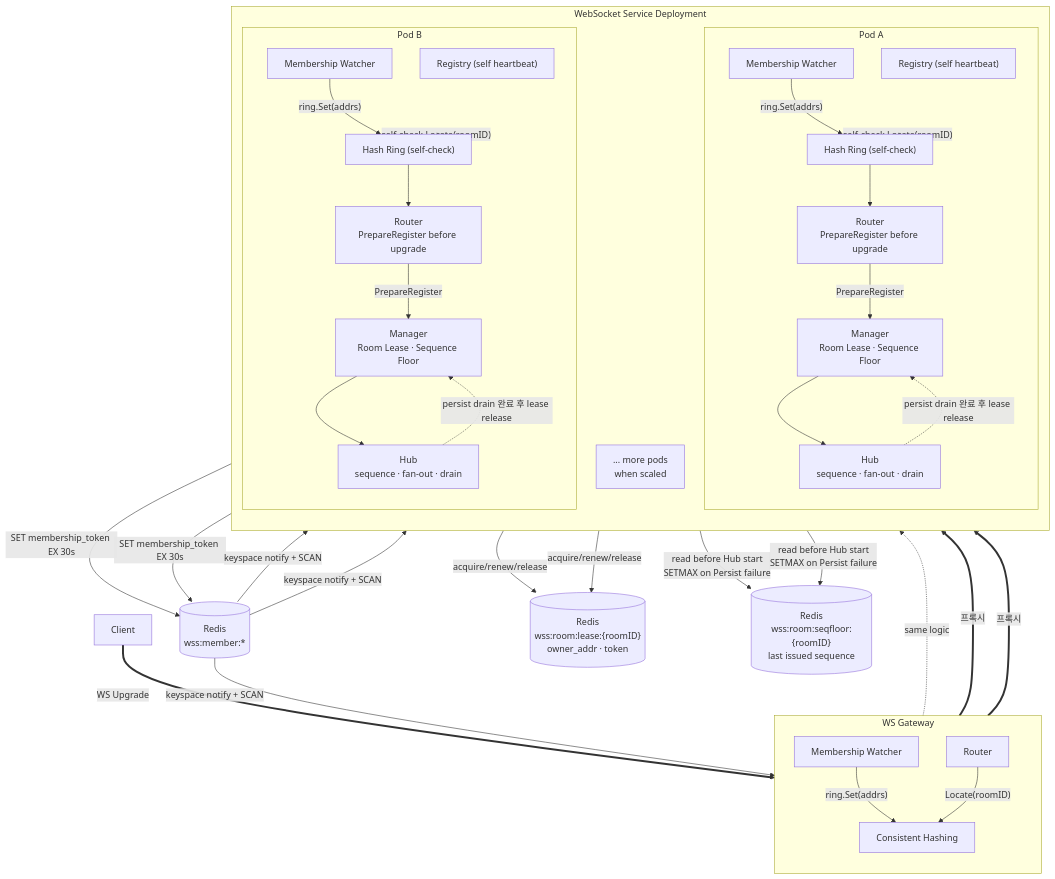
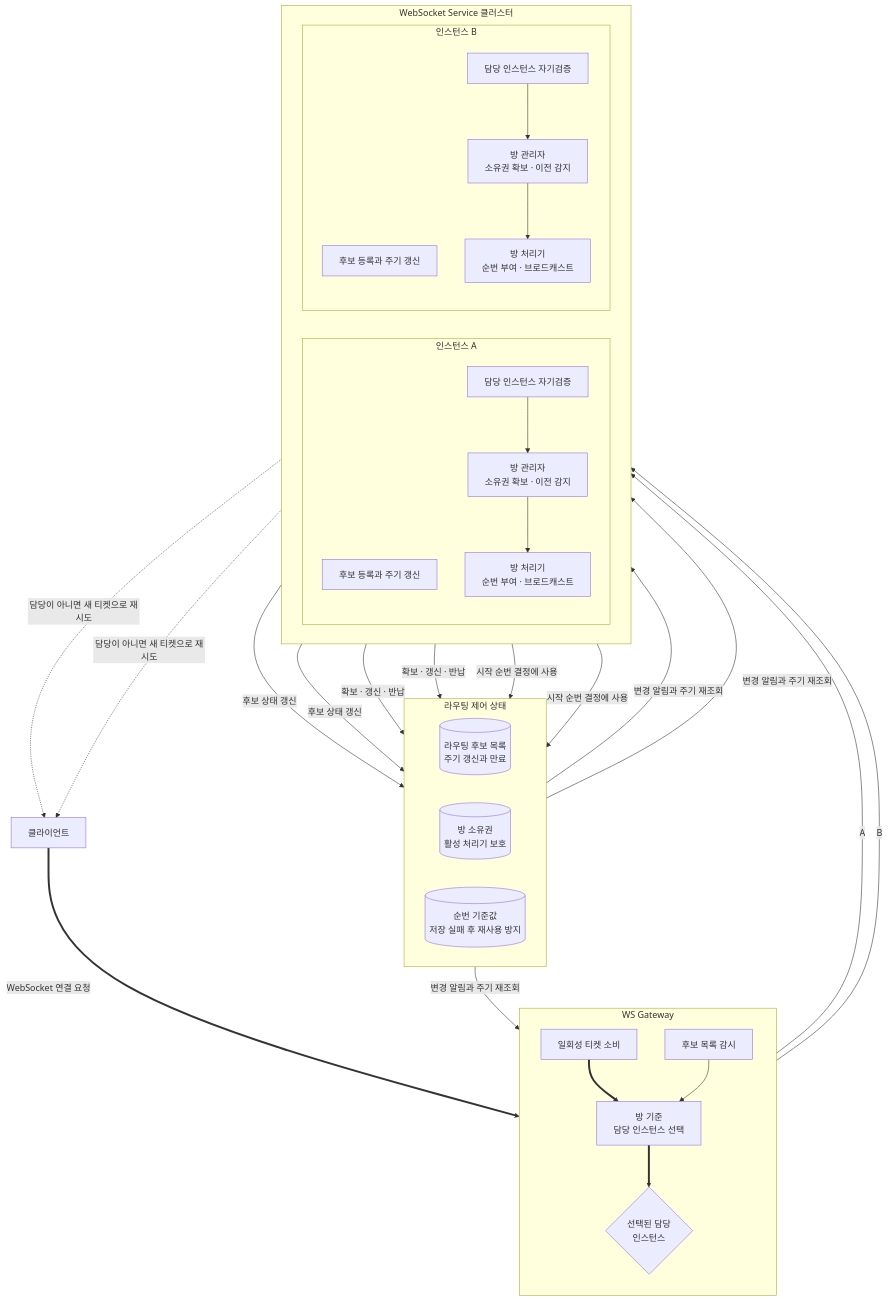
Before and after one commit to happyhun/go-chat-msa: the diagram in docs/diagrams/flow-ws-routing.mmd, drawn with Mermaid. The commit also changed 11 other files, not shown here.

Commit message:
docs: 다이어그램 흐름 정리

```diff
--- a/docs/diagrams/flow-ws-routing.mmd
+++ b/docs/diagrams/flow-ws-routing.mmd
@@ -1,66 +1,64 @@
 flowchart TB
-    Client["Client"]
+    Client["클라이언트"]
+
+    subgraph Control ["라우팅 제어 상태"]
+        direction LR
+        Membership[("라우팅 후보 목록<br/>주기 갱신과 만료")]
+        Lease[("방 소유권<br/>활성 처리기 보호")]
+        SeqFloor[("순번 기준값<br/>저장 실패 후 재사용 방지")]
+    end
 
     subgraph WSGateway ["WS Gateway"]
         direction TB
-        Router["Router"]
-        Hashring["Consistent Hashing"]
-        Watcher_G["Membership Watcher"]
+        Ticket["일회성 티켓 소비"]
+        GatewayRing["방 기준<br/>담당 인스턴스 선택"]
+        Target{"선택된 담당<br/>인스턴스"}
+        WatcherG["후보 목록 감시"]
     end
 
-    subgraph WS_Cluster ["WebSocket Service Deployment"]
-        direction TB
-        subgraph WSS1 ["Pod A"]
-            Reg1["Registry (self heartbeat)"]
-            Watcher1["Membership Watcher"]
-            Ring1["Hash Ring (self-check)"]
-            Router1["Router<br/>PrepareRegister before upgrade"]
-            Manager1["Manager<br/>Room Lease · Sequence Floor"]
-            Hub1["Hub<br/>sequence · fan-out · drain"]
+    subgraph Cluster ["WebSocket Service 클러스터"]
+        direction LR
+
+        subgraph PodA ["인스턴스 A"]
+            direction TB
+            RegistryA["후보 등록과 주기 갱신"]
+            RingA["담당 인스턴스 자기검증"]
+            ManagerA["방 관리자<br/>소유권 확보 · 이전 감지"]
+            HubA["방 처리기<br/>순번 부여 · 브로드캐스트"]
         end
-        subgraph WSS2 ["Pod B"]
-            Reg2["Registry (self heartbeat)"]
-            Watcher2["Membership Watcher"]
-            Ring2["Hash Ring (self-check)"]
-            Router2["Router<br/>PrepareRegister before upgrade"]
-            Manager2["Manager<br/>Room Lease · Sequence Floor"]
-            Hub2["Hub<br/>sequence · fan-out · drain"]
+
+        subgraph PodB ["인스턴스 B"]
+            direction TB
+            RegistryB["후보 등록과 주기 갱신"]
+            RingB["담당 인스턴스 자기검증"]
+            ManagerB["방 관리자<br/>소유권 확보 · 이전 감지"]
+            HubB["방 처리기<br/>순번 부여 · 브로드캐스트"]
         end
-        More["... more pods<br/>when scaled"]
     end
 
-    RedisMembers[("Redis<br/>wss:member:*")]
-    RedisLeases[("Redis<br/>wss:room:lease:{roomID}<br/>owner_addr · token")]
-    RedisSeqFloor[("Redis<br/>wss:room:seqfloor:{roomID}<br/>last issued sequence")]
+    Client == "WebSocket 연결 요청" ==> Ticket
+    Ticket ==> GatewayRing
+    GatewayRing ==> Target
+    Target -- "A" --> RingA
+    Target -- "B" --> RingB
 
-    Client == "WS Upgrade" ==> Router
+    RegistryA -- "후보 상태 갱신" --> Membership
+    RegistryB -- "후보 상태 갱신" --> Membership
+    Membership -- "변경 알림과 주기 재조회" --> WatcherG
+    Membership -- "변경 알림과 주기 재조회" --> RingA
+    Membership -- "변경 알림과 주기 재조회" --> RingB
 
-    Reg1 -- "SET membership_token EX 30s" --> RedisMembers
-    Reg2 -- "SET membership_token EX 30s" --> RedisMembers
+    WatcherG --> GatewayRing
+    RingA --> ManagerA
+    RingB --> ManagerB
 
-    RedisMembers -- "keyspace notify + SCAN" --> Watcher_G
-    RedisMembers -- "keyspace notify + SCAN" --> Watcher1
-    RedisMembers -- "keyspace notify + SCAN" --> Watcher2
+    ManagerA -- "확보 · 갱신 · 반납" --> Lease
+    ManagerB -- "확보 · 갱신 · 반납" --> Lease
+    ManagerA -- "시작 순번 결정에 사용" --> SeqFloor
+    ManagerB -- "시작 순번 결정에 사용" --> SeqFloor
 
-    Watcher_G -- "ring.Set(addrs)" --> Hashring
-    Watcher1 -- "ring.Set(addrs)" --> Ring1
-    Watcher2 -- "ring.Set(addrs)" --> Ring2
+    ManagerA --> HubA
+    ManagerB --> HubB
 
-    Router -- "Locate(roomID)" --> Hashring
-    Router == "프록시" ==> WSS1
-    Router == "프록시" ==> WSS2
-    Router -. "same logic" .-> More
-    WSS1 -- "self-check Locate(roomID)" --> Ring1
-    WSS2 -- "self-check Locate(roomID)" --> Ring2
-    Ring1 --> Router1
-    Ring2 --> Router2
-    Router1 -- "PrepareRegister" --> Manager1
-    Router2 -- "PrepareRegister" --> Manager2
-    Manager1 -- "acquire/renew/release" --> RedisLeases
-    Manager2 -- "acquire/renew/release" --> RedisLeases
-    Manager1 -- "read before Hub start<br/>SETMAX on Persist failure" --> RedisSeqFloor
-    Manager2 -- "read before Hub start<br/>SETMAX on Persist failure" --> RedisSeqFloor
-    Manager1 --> Hub1
-    Manager2 --> Hub2
-    Hub1 -. "persist drain 완료 후 lease release" .-> Manager1
-    Hub2 -. "persist drain 완료 후 lease release" .-> Manager2
+    RingA -. "담당이 아니면 새 티켓으로 재시도" .-> Client
+    RingB -. "담당이 아니면 새 티켓으로 재시도" .-> Client
```
